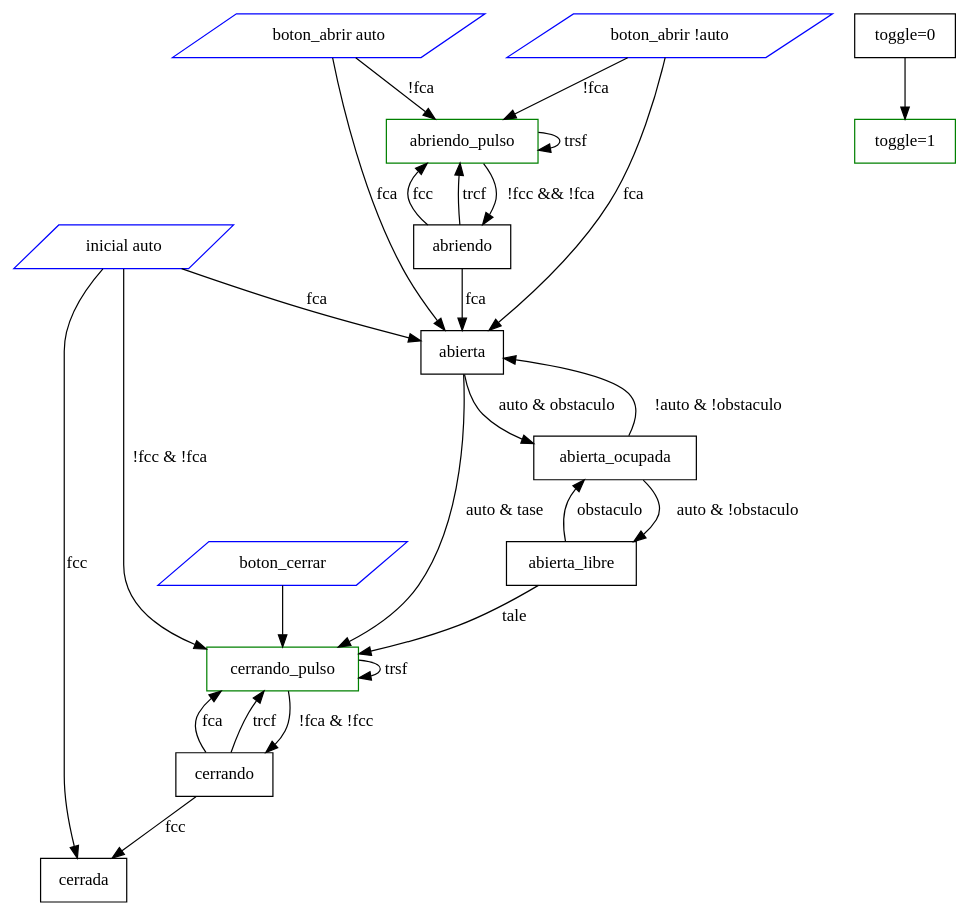
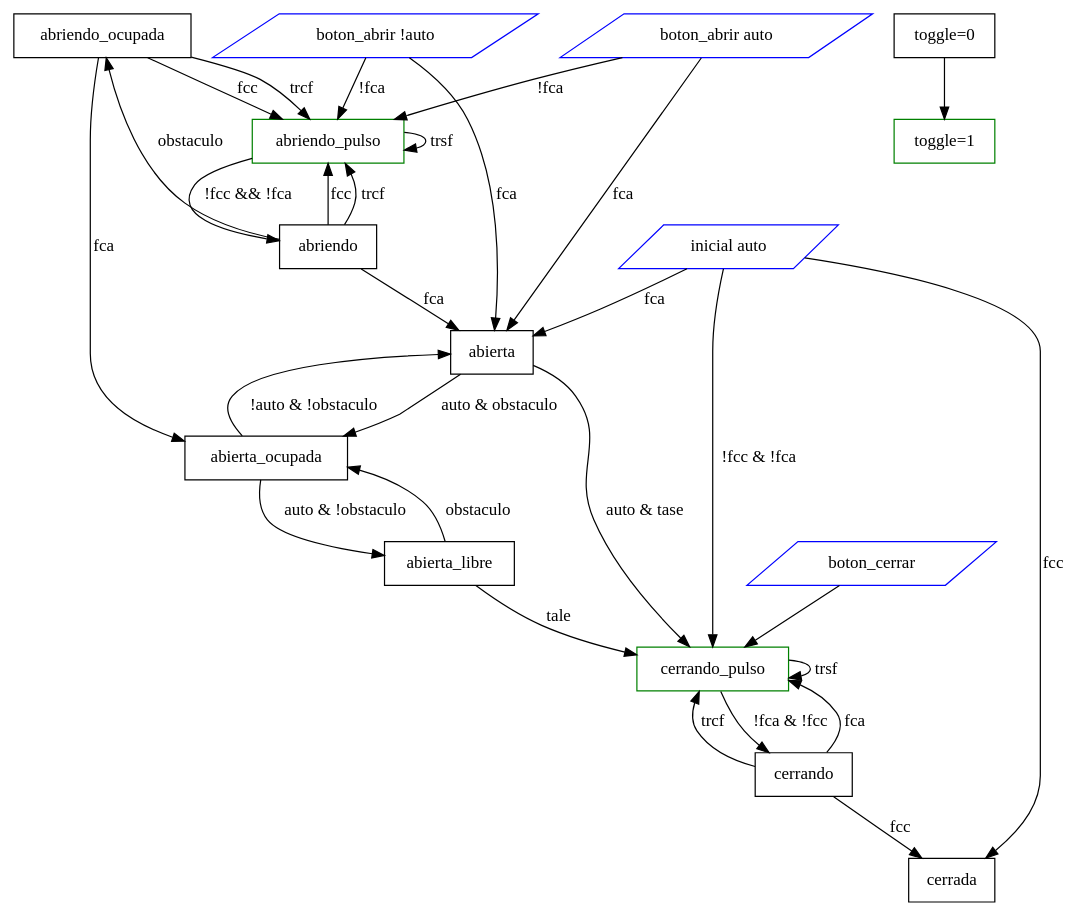
The diagram in xboardrelay_dhcp_parking/diagrama_estados.dot (kreitek/parkingBarrera), drawn with Graphviz before and after one commit. The commit also changed 4 other files, not shown here.

Commit message:
Nuevo estado abriendo-ocupada

```diff
--- a/xboardrelay_dhcp_parking/diagrama_estados.dot
+++ b/xboardrelay_dhcp_parking/diagrama_estados.dot
@@ -1,50 +1,55 @@
 digraph G {
 
     { 
         "inicial auto" [shape=parallelogram color=blue]
         boton_cerrar [shape=parallelogram color=blue]
         "boton_abrir auto" [shape=parallelogram color=blue]
         "boton_abrir !auto" [shape=parallelogram color=blue]
         abriendo_pulso [shape=box color=green]
         abriendo [shape=box color=black]
+        abriendo_ocupada [shape=box color=black]
         abierta_libre [shape=box color=black]
         abierta_ocupada [shape=box color=black]
         abierta [shape=box color=black]
         cerrando_pulso [shape=box color=green]
         cerrando [shape=box color=black]
         cerrada [shape=box color=black]
         "toggle=1" [shape=box color=green]
         "toggle=0" [shape=box color=black]
     }
 
     boton_cerrar -> cerrando_pulso
     "boton_abrir auto" -> abriendo_pulso [label="!fca"]
     "boton_abrir auto" -> abierta [label="fca"]
     "boton_abrir !auto" -> abriendo_pulso [label="!fca"]
     "boton_abrir !auto" -> abierta [label="fca"]
 
     "inicial auto" -> cerrada [label="fcc"]
     "inicial auto" -> abierta [label="fca"]
     "inicial auto" -> cerrando_pulso [label="!fcc & !fca"]
 
     /* seguir el orden del switch-case en estados.cpp */
 
     abriendo_pulso -> abriendo [label="!fcc && !fca"]
     abriendo_pulso -> abriendo_pulso [label="trsf"]
     abriendo -> abierta [label="fca"]
     abriendo -> abriendo_pulso [label="fcc"]
+    abriendo -> abriendo_ocupada [label="obstaculo"]
     abriendo -> abriendo_pulso [label="trcf"]
+    abriendo_ocupada -> abierta_ocupada [label="fca"]
+    abriendo_ocupada -> abriendo_pulso [label="fcc"]
+    abriendo_ocupada -> abriendo_pulso [label="trcf"]
     abierta -> abierta_ocupada [label="auto & obstaculo"]
     abierta -> cerrando_pulso [label="auto & tase"]
     abierta_ocupada -> abierta [label="!auto & !obstaculo"]
     abierta_ocupada -> abierta_libre [label="auto & !obstaculo"]
     abierta_libre -> abierta_ocupada [label="obstaculo"]
     abierta_libre -> cerrando_pulso [label="tale"]
     cerrando_pulso -> cerrando [label="!fca & !fcc"]
     cerrando_pulso -> cerrando_pulso [label="trsf"]
     cerrando -> cerrada [label="fcc"]
     cerrando -> cerrando_pulso [label="fca"]
     cerrando -> cerrando_pulso [label="trcf"]
 
 	"toggle=0" -> "toggle=1"
 }
```
